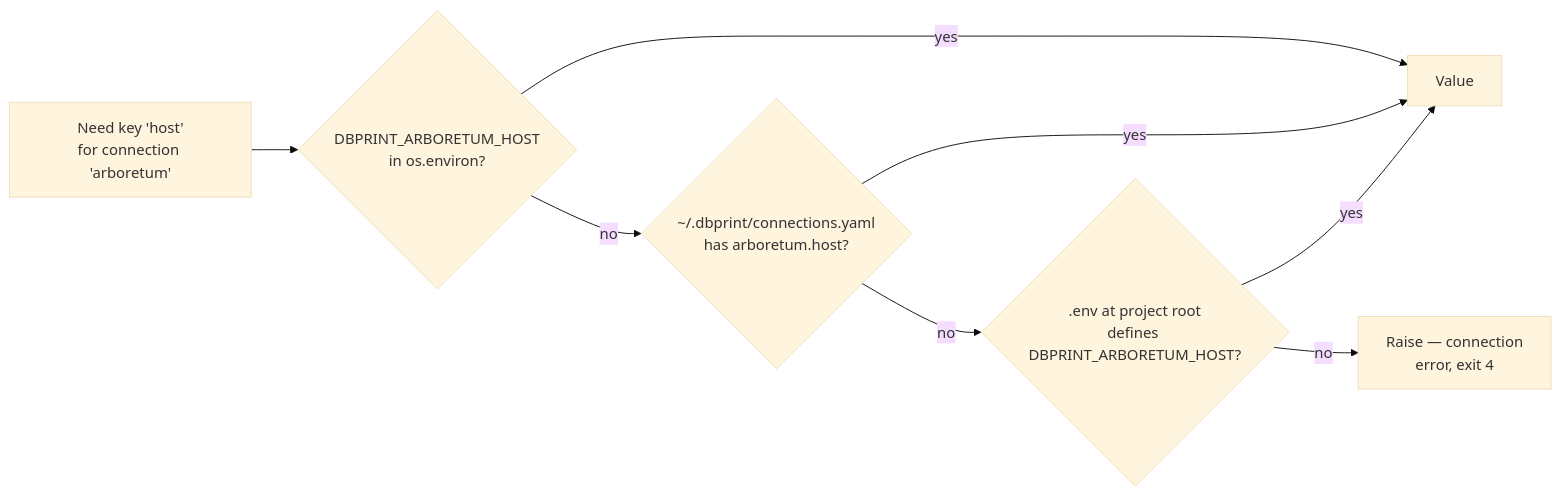
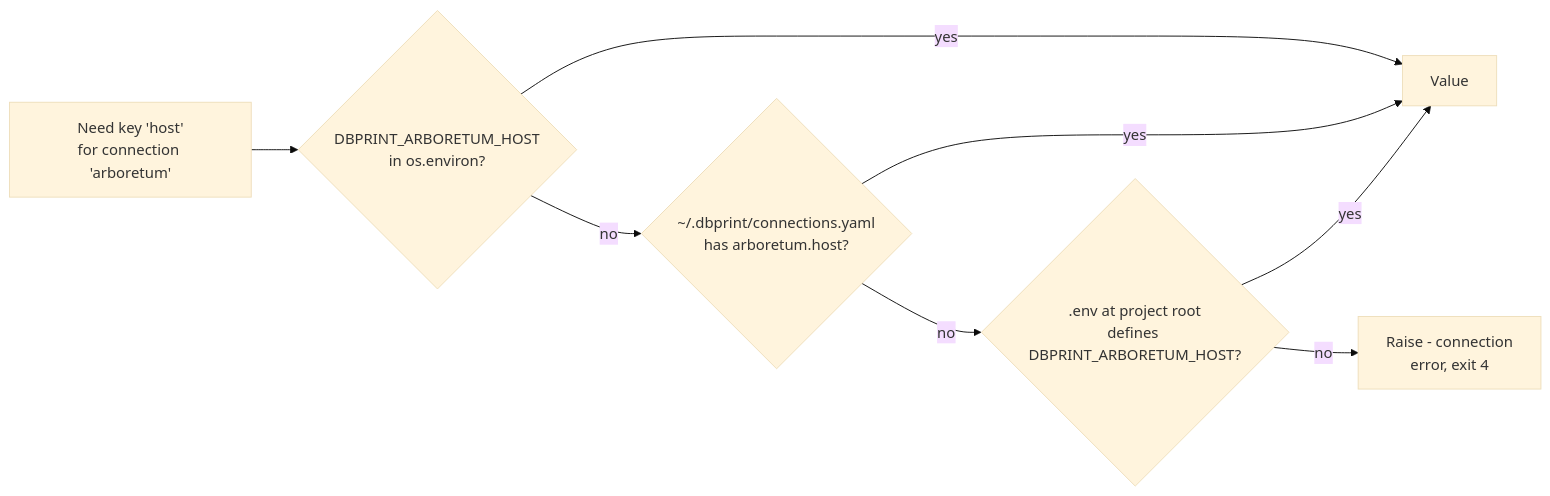
The sixth of 6 diagrams in docs/ARCHITECTURE.md (jakubro/dbprint), drawn with Mermaid (base theme) before and after one commit. The commit also changed other lines of this file and 118 other files, not shown here.

````diff
--- a/docs/ARCHITECTURE.md
+++ b/docs/ARCHITECTURE.md
@@ -761,10 +762,10 @@
 ```mermaid
 flowchart LR
     A[Need key 'host'<br/>for connection 'arboretum'] --> B{DBPRINT_ARBORETUM_HOST<br/>in os.environ?}
     B -->|yes| Z[Value]
     B -->|no| C{~/.dbprint/connections.yaml<br/>has arboretum.host?}
     C -->|yes| Z
     C -->|no| D{.env at project root<br/>defines DBPRINT_ARBORETUM_HOST?}
     D -->|yes| Z
-    D -->|no| E[Raise — connection<br/>error, exit 4]
+    D -->|no| E[Raise - connection<br/>error, exit 4]
 ```
````
